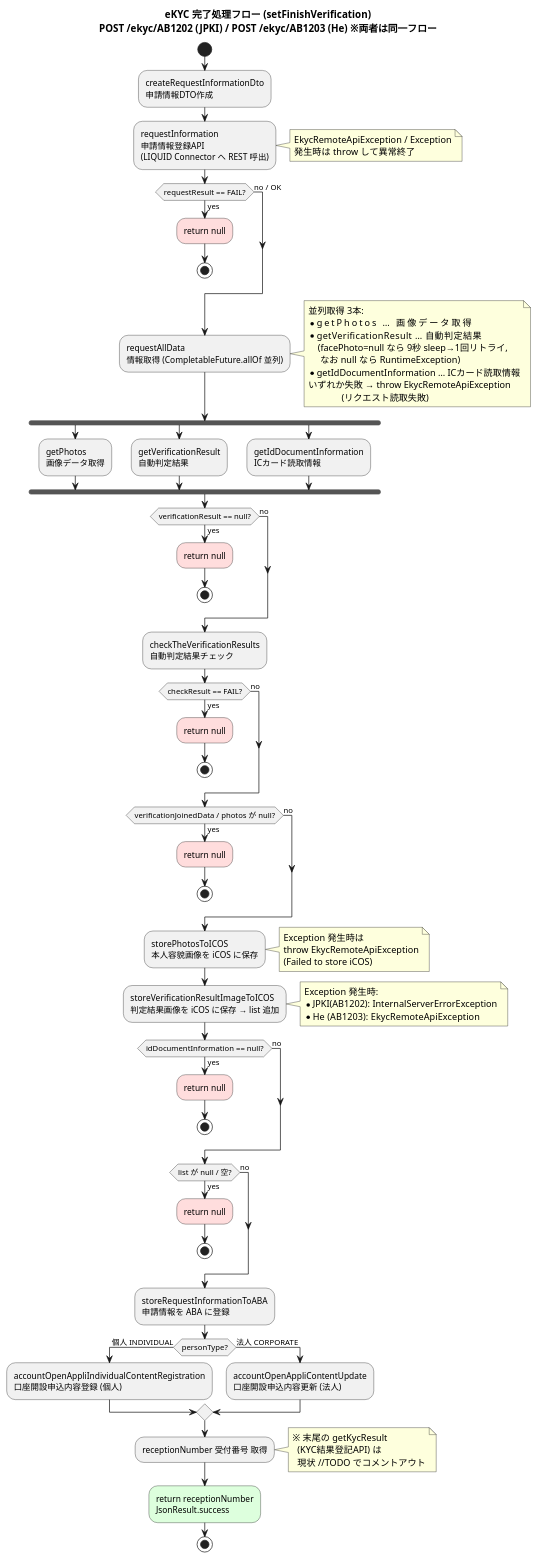
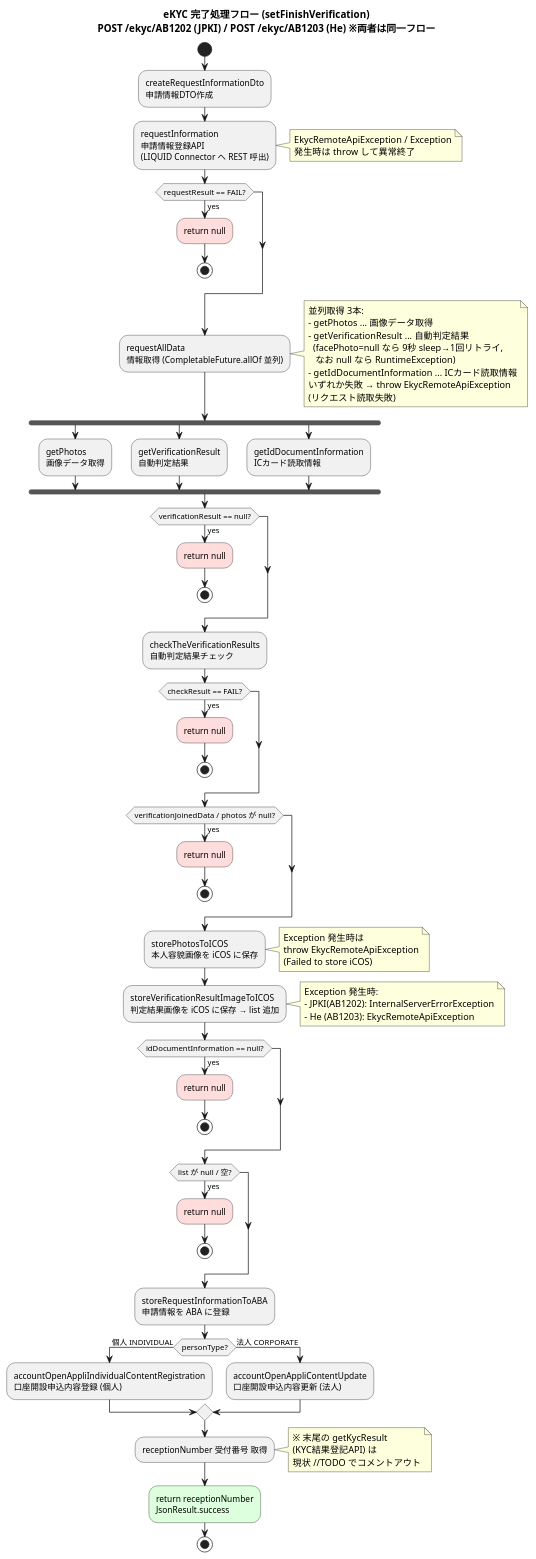
One commit to zed11213/sharing-file changed the diagram in ekyc_finish_verification.puml. Above: the diagram before and after it, drawn with PlantUML.

```diff
--- a/ekyc_finish_verification.puml
+++ b/ekyc_finish_verification.puml
@@ -1,105 +1,98 @@
 @startuml ekyc_finish_verification
 title eKYC 完了処理フロー (setFinishVerification)\nPOST /ekyc/AB1202 (JPKI) / POST /ekyc/AB1203 (He) ※両者は同一フロー
 
 start
 
 :createRequestInformationDto\n申請情報DTO作成;
 
 :requestInformation\n申請情報登録API\n(LIQUID Connector へ REST 呼出);
 note right
   EkycRemoteApiException / Exception
   発生時は throw して異常終了
 end note
 
 if (requestResult == FAIL?) then (yes)
   #ffdddd:return null;
   stop
-else (no / OK)
 endif
 
 :requestAllData\n情報取得 (CompletableFuture.allOf 並列);
 note right
   並列取得 3本:
-  * getPhotos                … 画像データ取得
-  * getVerificationResult     … 自動判定結果
-      (facePhoto=null なら 9秒 sleep→1回リトライ,
-       なお null なら RuntimeException)
-  * getIdDocumentInformation … ICカード読取情報
+  - getPhotos ... 画像データ取得
+  - getVerificationResult ... 自動判定結果
+    (facePhoto=null なら 9秒 sleep→1回リトライ,
+     なお null なら RuntimeException)
+  - getIdDocumentInformation ... ICカード読取情報
   いずれか失敗 → throw EkycRemoteApiException
-                (リクエスト読取失敗)
+  (リクエスト読取失敗)
 end note
 
 fork
   :getPhotos\n画像データ取得;
 fork again
   :getVerificationResult\n自動判定結果;
 fork again
   :getIdDocumentInformation\nICカード読取情報;
 end fork
 
 if (verificationResult == null?) then (yes)
   #ffdddd:return null;
   stop
-else (no)
 endif
 
 :checkTheVerificationResults\n自動判定結果チェック;
 
 if (checkResult == FAIL?) then (yes)
   #ffdddd:return null;
   stop
-else (no)
 endif
 
 if (verificationJoinedData / photos が null?) then (yes)
   #ffdddd:return null;
   stop
-else (no)
 endif
 
 :storePhotosToICOS\n本人容貌画像を iCOS に保存;
 note right
   Exception 発生時は
   throw EkycRemoteApiException
   (Failed to store iCOS)
 end note
 
 :storeVerificationResultImageToICOS\n判定結果画像を iCOS に保存 → list 追加;
 note right
   Exception 発生時:
-  * JPKI(AB1202): InternalServerErrorException
-  * He  (AB1203): EkycRemoteApiException
+  - JPKI(AB1202): InternalServerErrorException
+  - He (AB1203): EkycRemoteApiException
 end note
 
 if (idDocumentInformation == null?) then (yes)
   #ffdddd:return null;
   stop
-else (no)
 endif
 
 if (list が null / 空?) then (yes)
   #ffdddd:return null;
   stop
-else (no)
 endif
 
 :storeRequestInformationToABA\n申請情報を ABA に登録;
 
 if (personType?) then (個人 INDIVIDUAL)
   :accountOpenAppliIndividualContentRegistration\n口座開設申込内容登録 (個人);
 else (法人 CORPORATE)
   :accountOpenAppliContentUpdate\n口座開設申込内容更新 (法人);
 endif
 
 :receptionNumber 受付番号 取得;
-
 note right
   ※ 末尾の getKycResult
-    (KYC結果登記API) は
-    現状 //TODO でコメントアウト
+  (KYC結果登記API) は
+  現状 //TODO でコメントアウト
 end note
 
 #ddffdd:return receptionNumber\nJsonResult.success;
 stop
 
 @enduml
```
